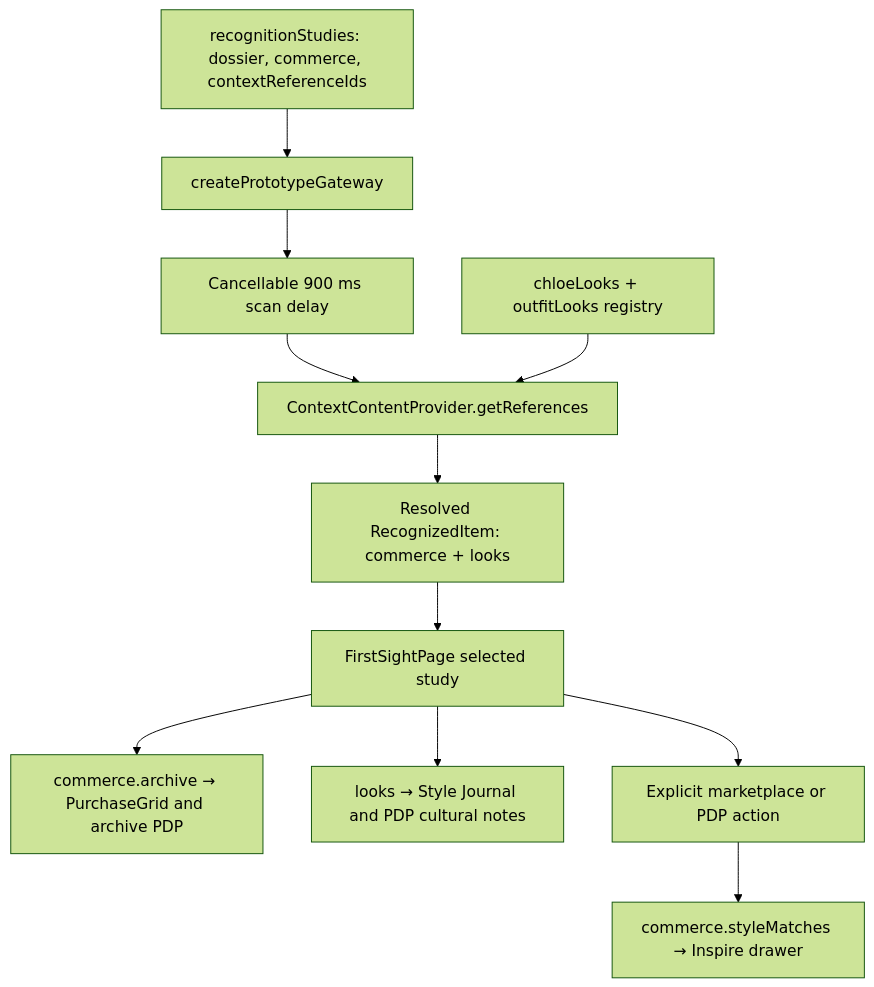
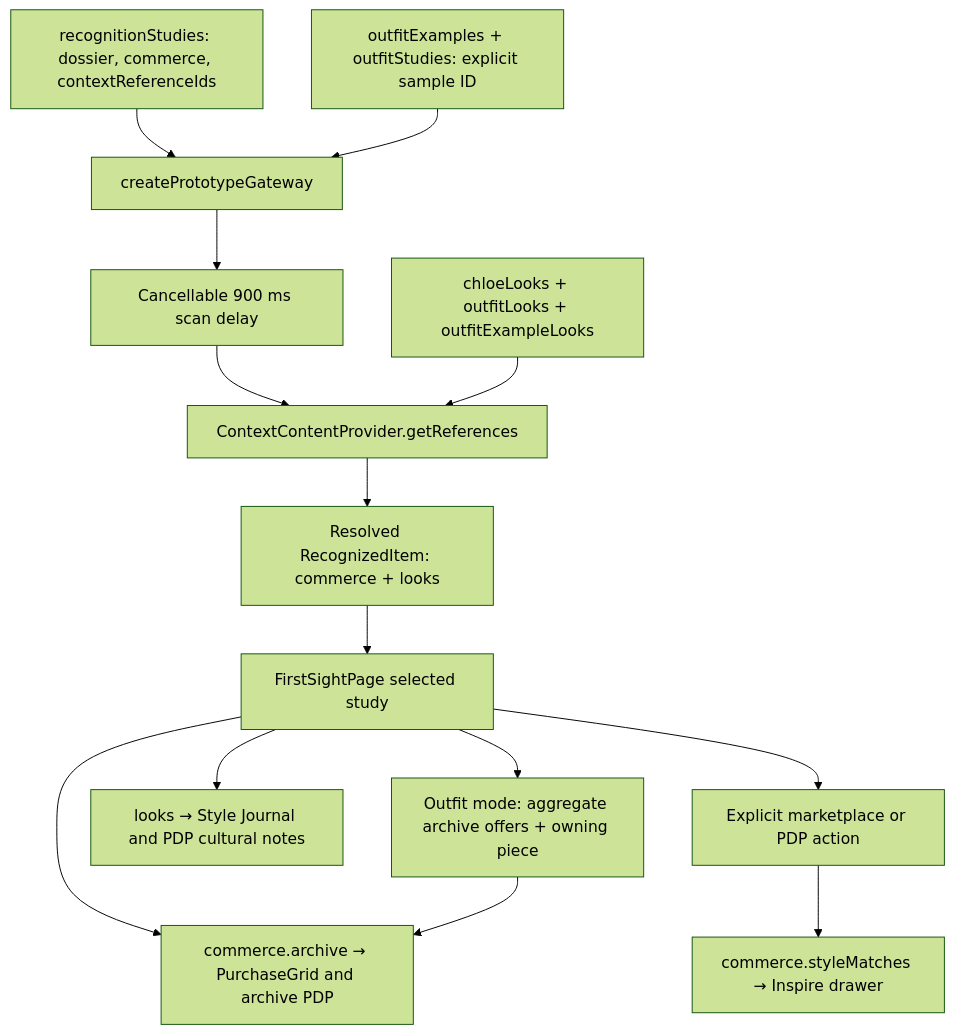
Before and after one commit to jundoopop/loomstory-proto-fe: the second of 2 diagrams in docs/architecture.md, drawn with Mermaid (forest theme). The commit also changed other lines of this file and 45 other files, not shown here.

````diff
--- a/docs/architecture.md
+++ b/docs/architecture.md
@@ -52,13 +52,16 @@
 ```mermaid
 flowchart TD
     Studies[recognitionStudies: dossier, commerce, contextReferenceIds] --> Gateway[createPrototypeGateway]
+    Examples[outfitExamples + outfitStudies: explicit sample ID] --> Gateway
     Gateway --> Delay[Cancellable 900 ms scan delay]
     Delay --> Provider[ContextContentProvider.getReferences]
-    References[chloeLooks + outfitLooks registry] --> Provider
+    References[chloeLooks + outfitLooks + outfitExampleLooks] --> Provider
     Provider --> Result[Resolved RecognizedItem: commerce + looks]
     Result --> Page[FirstSightPage selected study]
     Page --> Archive[commerce.archive → PurchaseGrid and archive PDP]
+    Page --> WholeLook[Outfit mode: aggregate archive offers + owning piece]
+    WholeLook --> Archive
     Page --> Journal[looks → Style Journal and PDP cultural notes]
     Page --> OptIn[Explicit marketplace or PDP action]
     OptIn --> Inspire[commerce.styleMatches → Inspire drawer]
 ```
````
